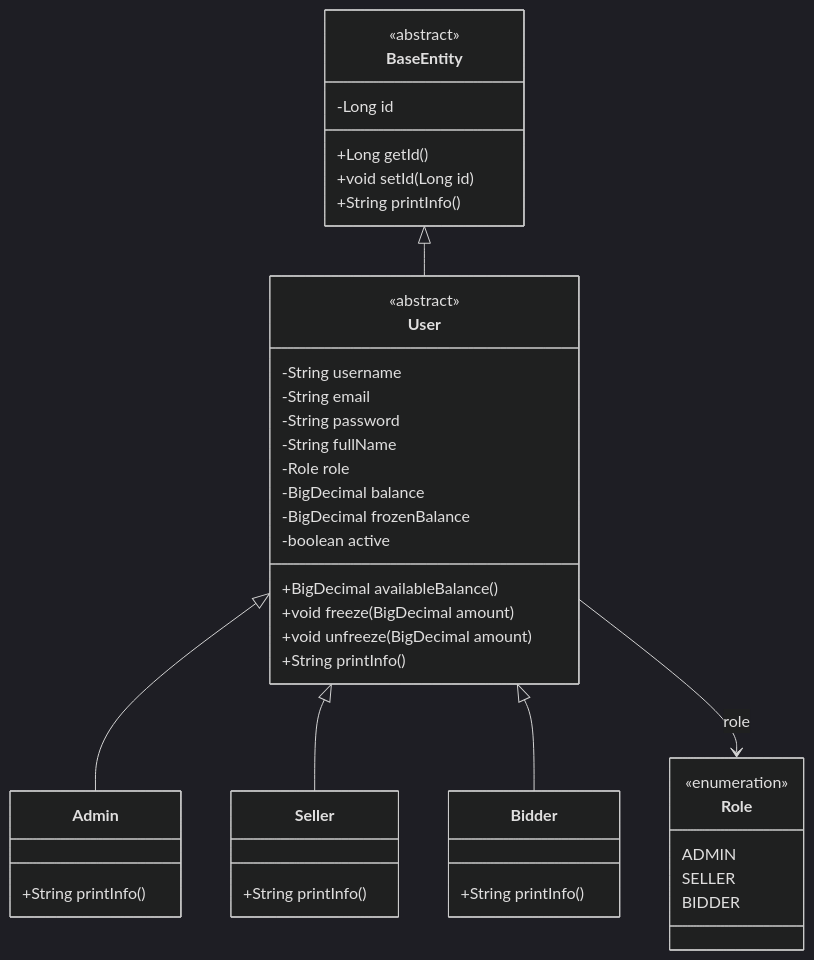
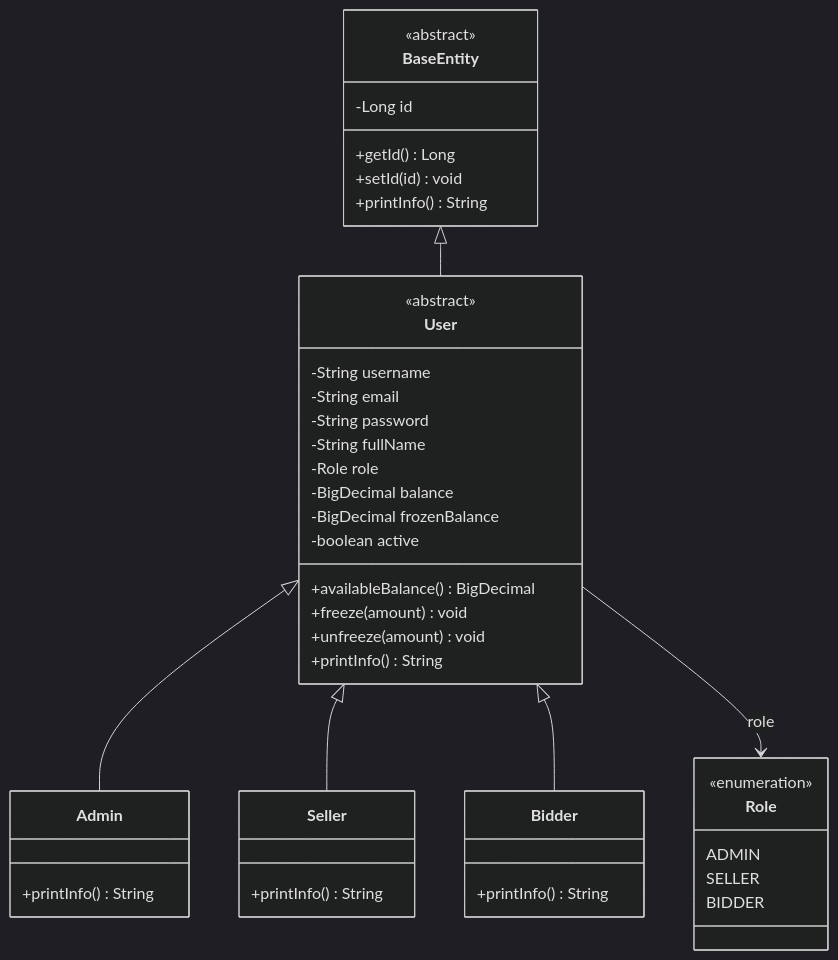
The first of 6 diagrams in docs/README/README.md (quagn-collab/GROUP-6-BTL), drawn with Mermaid (dark theme) before and after one commit. The commit also changed other lines of this file, not shown here.

````diff
--- a/docs/README/README.md
+++ b/docs/README/README.md
@@ -11,46 +11,46 @@
 ```mermaid
 classDiagram
     direction TB
     class BaseEntity {
         -Long id
-        +Long getId()
-        +void setId(Long id)
-        +String printInfo()
+        +getId() Long
+        +setId(id) void
+        +printInfo() String
     }
     class User {
         -String username
         -String email
         -String password
         -String fullName
         -Role role
         -BigDecimal balance
         -BigDecimal frozenBalance
         -boolean active
-        +BigDecimal availableBalance()
-        +void freeze(BigDecimal amount)
-        +void unfreeze(BigDecimal amount)
-        +String printInfo()
+        +availableBalance() BigDecimal
+        +freeze(amount) void
+        +unfreeze(amount) void
+        +printInfo() String
     }
     class Admin {
-        +String printInfo()
+        +printInfo() String
     }
     class Seller {
-        +String printInfo()
+        +printInfo() String
     }
     class Bidder {
-        +String printInfo()
+        +printInfo() String
     }
     class Role {
         <<enumeration>>
         ADMIN
         SELLER
         BIDDER
     }
     BaseEntity <|-- User
     User <|-- Admin
     User <|-- Seller
     User <|-- Bidder
     User --> Role : role
     <<abstract>> BaseEntity
     <<abstract>> User
 ```
````
